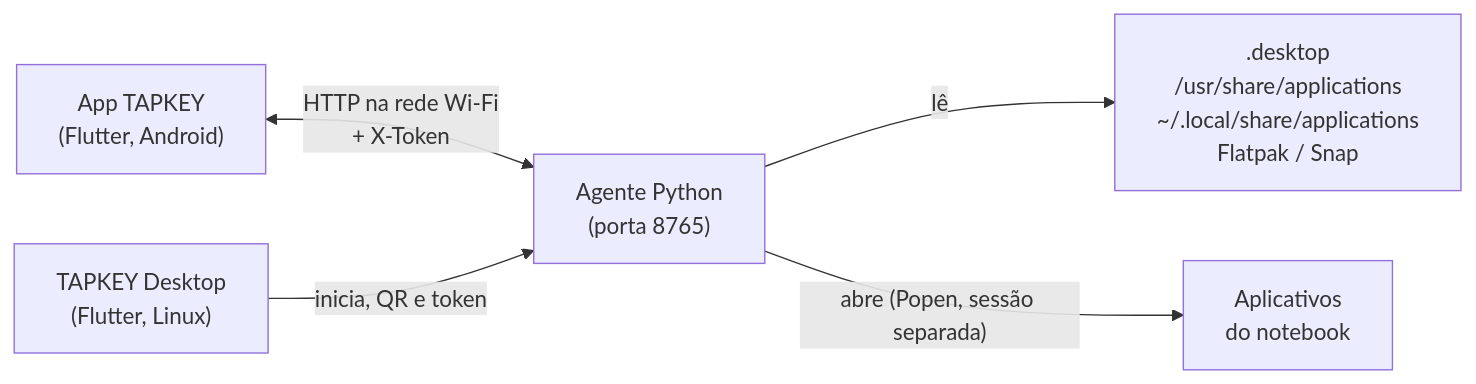
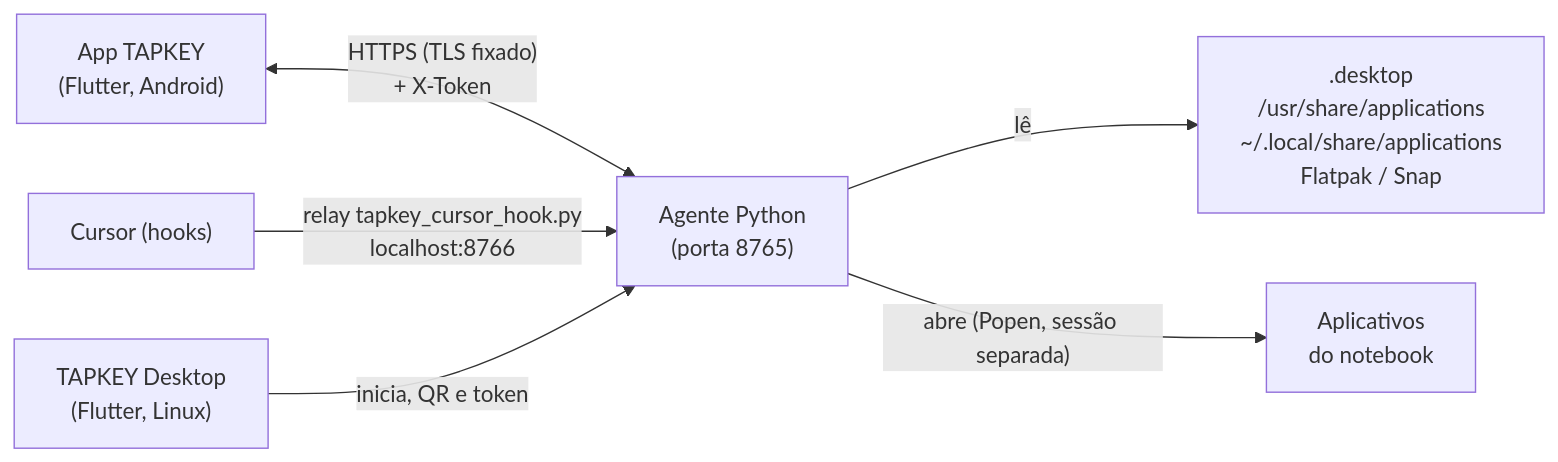
Before and after one commit to heliorosadoneto/TAPKEY: the diagram in README.md, drawn with Mermaid. The commit also changed other lines of this file and 22 other files, not shown here.

````diff
--- a/README.md
+++ b/README.md
@@ -98,7 +117,8 @@
 ```mermaid
 flowchart LR
-    A["App TAPKEY<br/>(Flutter, Android)"] <-->|"HTTP na rede Wi-Fi<br/>+ X-Token"| B["Agente Python<br/>(porta 8765)"]
+    A["App TAPKEY<br/>(Flutter, Android)"] <-->|"HTTPS (TLS fixado)<br/>+ X-Token"| B["Agente Python<br/>(porta 8765)"]
+    K["Cursor (hooks)"] -->|"relay tapkey_cursor_hook.py<br/>localhost:8766"| B
     D["TAPKEY Desktop<br/>(Flutter, Linux)"] -->|"inicia, QR e token"| B
     B -->|"lê"| C[".desktop<br/>/usr/share/applications<br/>~/.local/share/applications<br/>Flatpak / Snap"]
     B -->|"abre (Popen, sessão separada)"| E["Aplicativos<br/>do notebook"]
 ```
````
